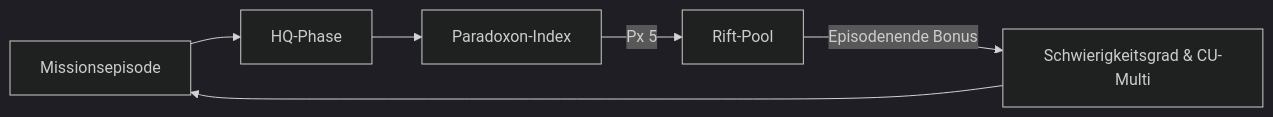
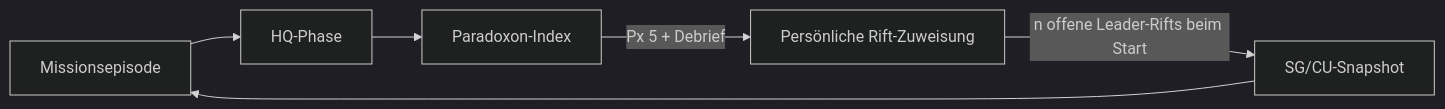
Before and after one commit to pchospital-lab/ZEITRISS-md: the second of 3 diagrams in gameplay/kampagnenstruktur.md, drawn with Mermaid (dark theme). The commit also changed other lines of this file and 22 other files, not shown here.

First line of the commit message:
fix(rift): Vereinfache Leader-HQ-Flow und persönliche Fortsetzung (#3270)

````diff
--- a/gameplay/kampagnenstruktur.md
+++ b/gameplay/kampagnenstruktur.md
@@ -1101,8 +1073,8 @@
 ```mermaid
 graph LR
 A[Missionsepisode] --> C[HQ-Phase]
 C --> B[Paradoxon-Index]
-B -->|Px 5| D[Rift-Pool]
-  D -->|Episodenende Bonus| E[Schwierigkeitsgrad & CU-Multi]
+B -->|Px 5 + Debrief| D[Persönliche Rift-Zuweisung]
+  D -->|n offene Leader-Rifts beim Start| E[SG/CU-Snapshot]
 E --> A
 ```
````
